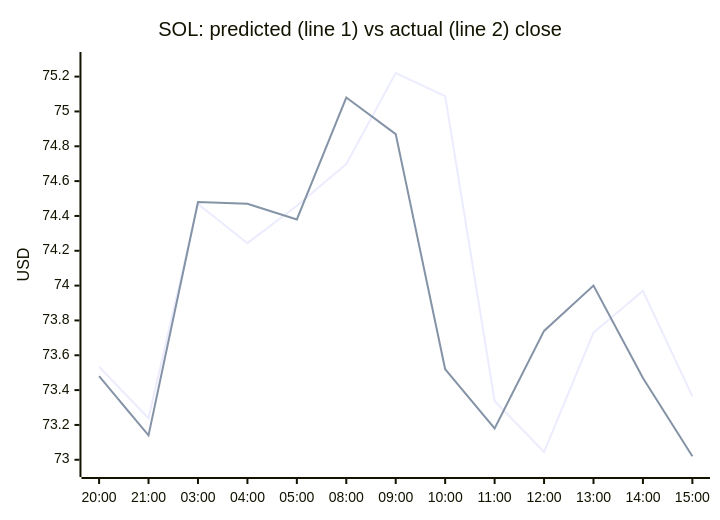
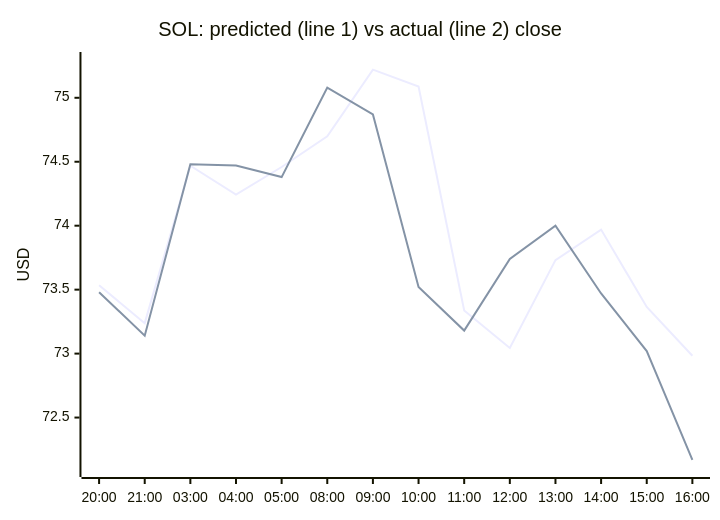
The third of 4 diagrams in README.md (samuelkreitl-wq/crypto-hourly-forecaster), drawn with Mermaid before and after one commit. The commit also changed other lines of this file and 14 other files, not shown here.

````diff
--- a/README.md
+++ b/README.md
@@ -56,8 +56,8 @@
 ```mermaid
 xychart-beta
     title "SOL: predicted (line 1) vs actual (line 2) close"
-    x-axis ["20:00", "21:00", "03:00", "04:00", "05:00", "08:00", "09:00", "10:00", "11:00", "12:00", "13:00", "14:00", "15:00"]
-    y-axis "USD" 72.9470 --> 75.2954
-    line [73.5341, 73.2381, 74.4685, 74.2437, 74.4589, 74.6981, 75.2202, 75.0883, 73.3377, 73.0445, 73.7306, 73.9697, 73.3643]
-    line [73.4800, 73.1400, 74.4800, 74.4700, 74.3800, 75.0800, 74.8700, 73.5200, 73.1800, 73.7400, 74.0000, 73.4700, 73.0200]
+    x-axis ["20:00", "21:00", "03:00", "04:00", "05:00", "08:00", "09:00", "10:00", "11:00", "12:00", "13:00", "14:00", "15:00", "16:00"]
+    y-axis "USD" 72.0978 --> 75.2954
+    line [73.5341, 73.2381, 74.4685, 74.2437, 74.4589, 74.6981, 75.2202, 75.0883, 73.3377, 73.0445, 73.7306, 73.9697, 73.3643, 72.9832]
+    line [73.4800, 73.1400, 74.4800, 74.4700, 74.3800, 75.0800, 74.8700, 73.5200, 73.1800, 73.7400, 74.0000, 73.4700, 73.0200, 72.1700]
 ```
````
